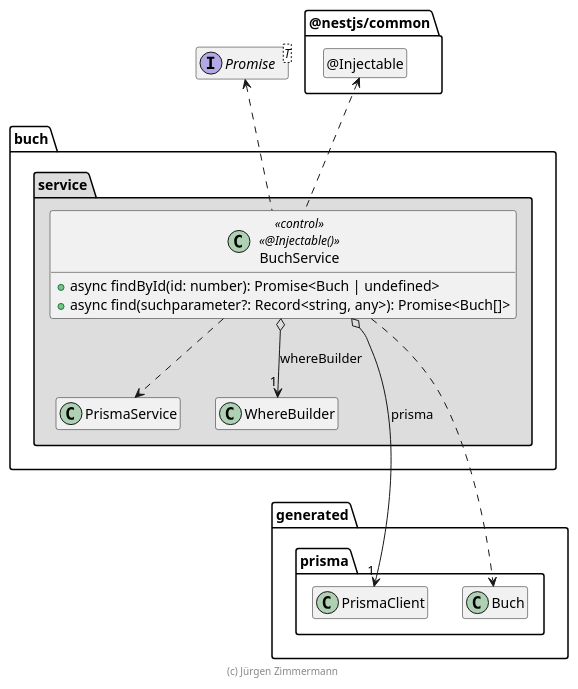
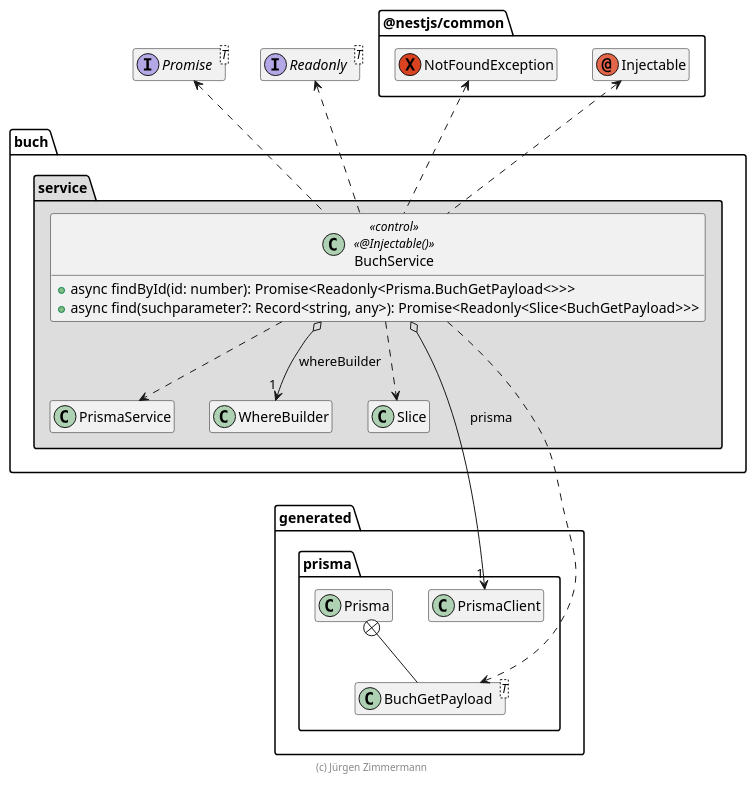
Before and after one commit to juergenzimmermann/buch: the diagram in .extras/doc/projekthandbuch/BuchService.plantuml, drawn with PlantUML. The commit also changed 18 other files, not shown here.

Commit message:
PlantUML mit Prisma; Prettier

```diff
--- a/.extras/doc/projekthandbuch/BuchService.plantuml
+++ b/.extras/doc/projekthandbuch/BuchService.plantuml
@@ -18,43 +18,49 @@
 @startuml Anwendungskern
 
 interface Promise<T>
+interface Readonly<T>
 
 package @nestjs/common {
-  class "@Injectable" as Injectable
-  hide Injectable circle
+  annotation Injectable
+  exception NotFoundException
 }
 
 package generated.prisma {
   class PrismaClient
-  class Buch
+  class BuchGetPayload<T>
+  Prisma +-- BuchGetPayload
 }
 
 package buch {
   package service #DDDDDD {
     class PrismaService
     class WhereBuilder
+    class Slice
 
     class BuchService << control >> <<@Injectable()>> {
-      + async findById(id: number): Promise<Buch | undefined>
-      + async find(suchparameter?: Record<string, any>): Promise<Buch[]>
+      + async findById(id: number): Promise<Readonly<Prisma.BuchGetPayload<>>>
+      + async find(suchparameter?: Record<string, any>): Promise<Readonly<Slice<BuchGetPayload>>>
     }
 
     BuchService o--> "1" WhereBuilder: whereBuilder
     BuchService o--> "1" PrismaClient: prisma
 
     BuchService .up.> Injectable
+    BuchService .up.> NotFoundException
 
     BuchService .up.> Promise
+    BuchService .up.> Readonly
     BuchService ..> PrismaService
-    BuchService ..> Buch
+    BuchService ..> BuchGetPayload
+    BuchService ..> Slice
 
     WhereBuilder .[hidden].> PrismaClient
-    WhereBuilder .[hidden].> Buch
+    Promise .[hidden]right.> Readonly
   }
 }
 
 hide empty members
 
 footer (c) Jürgen Zimmermann
 
 @enduml
```
